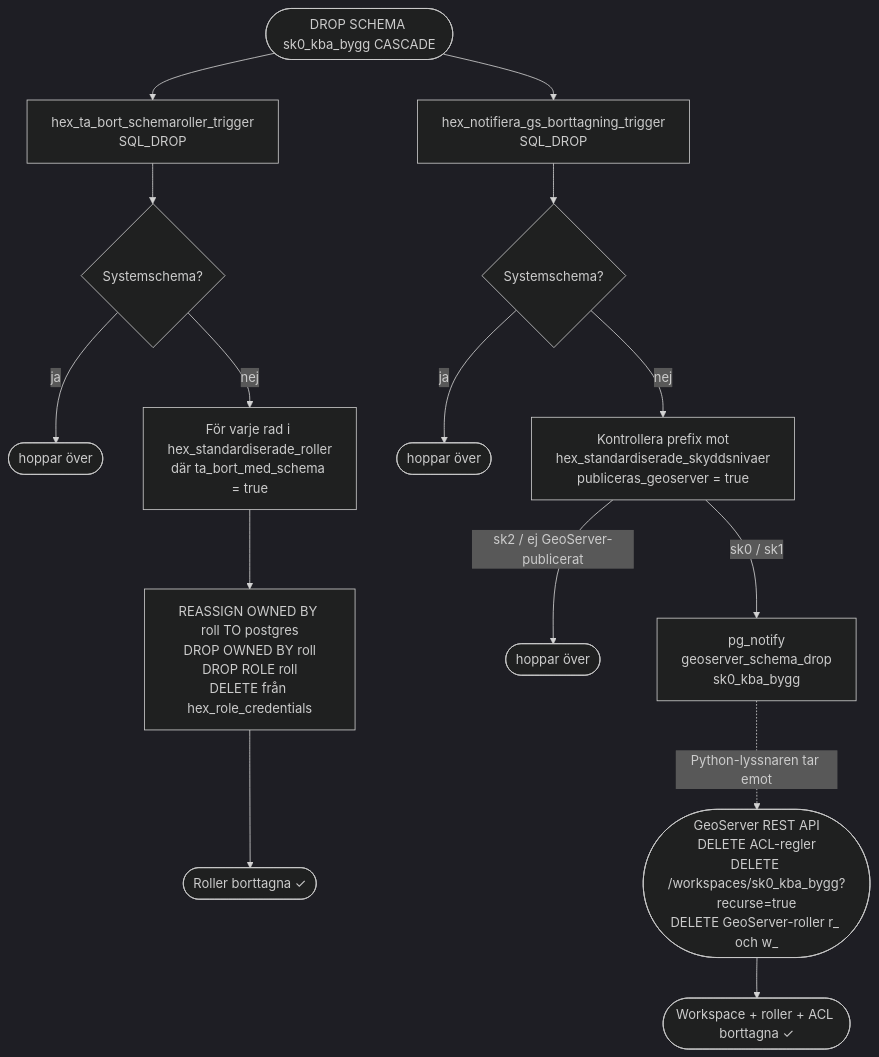
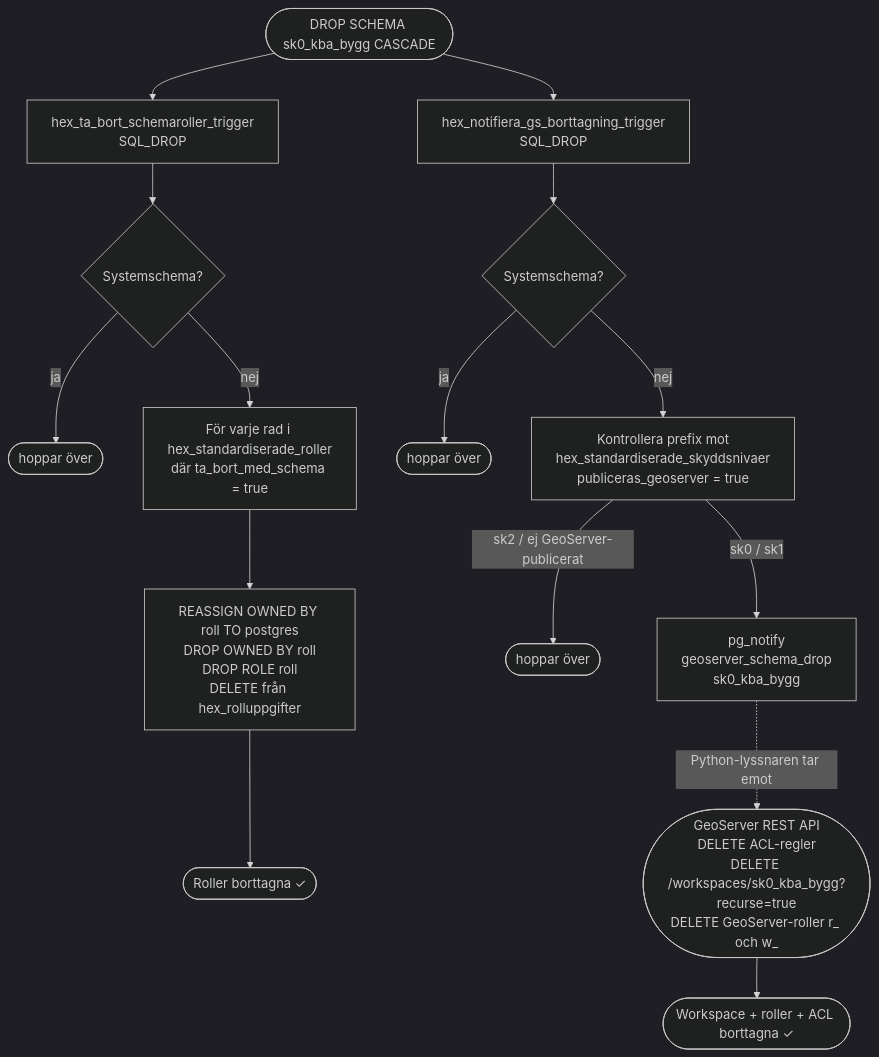
Before and after one commit to Geodata-Kungsbacka/Hex: the eighth of 9 diagrams in LOGIC_MAP.md, drawn with Mermaid (dark theme). The commit also changed other lines of this file and 24 other files, not shown here.

First line of the commit message:
Byt namn: hex_role_credentials → hex_rolluppgifter, with_login → kan_logga_in

````diff
--- a/LOGIC_MAP.md
+++ b/LOGIC_MAP.md
@@ -746,20 +746,20 @@
 ```mermaid
 flowchart TD
     START(["DROP SCHEMA sk0_kba_bygg CASCADE"])
     START --> TBS_T["hex_ta_bort_schemaroller_trigger<br/>SQL_DROP"]
     START --> NGB_T["hex_notifiera_gs_borttagning_trigger<br/>SQL_DROP"]
 
     TBS_T --> SYS{"Systemschema?"}
     SYS --> |ja| SKIP(["hoppar över"])
     SYS --> |nej| LOOP["För varje rad i hex_standardiserade_roller<br/>där ta_bort_med_schema = true"]
-    LOOP --> DROPROL["REASSIGN OWNED BY roll TO postgres<br/>DROP OWNED BY roll<br/>DROP ROLE roll<br/>DELETE från hex_role_credentials"]
+    LOOP --> DROPROL["REASSIGN OWNED BY roll TO postgres<br/>DROP OWNED BY roll<br/>DROP ROLE roll<br/>DELETE från hex_rolluppgifter"]
     DROPROL --> DONE_ROLES(["Roller borttagna ✓"])
 
     NGB_T --> SYS2{"Systemschema?"}
     SYS2 --> |ja| SKIP2(["hoppar över"])
     SYS2 --> |nej| GS_CHK["Kontrollera prefix mot<br/>hex_standardiserade_skyddsnivaer<br/>publiceras_geoserver = true"]
     GS_CHK --> |"sk2 / ej GeoServer-publicerat"| SKIP3(["hoppar över"])
     GS_CHK --> |"sk0 / sk1"| NOTIFY["pg_notify<br/>geoserver_schema_drop<br/>sk0_kba_bygg"]
     NOTIFY -.->|"Python-lyssnaren tar emot"| GS(["GeoServer REST API<br/>DELETE ACL-regler<br/>DELETE /workspaces/sk0_kba_bygg?recurse=true<br/>DELETE GeoServer-roller r_ och w_"])
     GS --> DONE_GS(["Workspace + roller + ACL borttagna ✓"])
 ```
````
